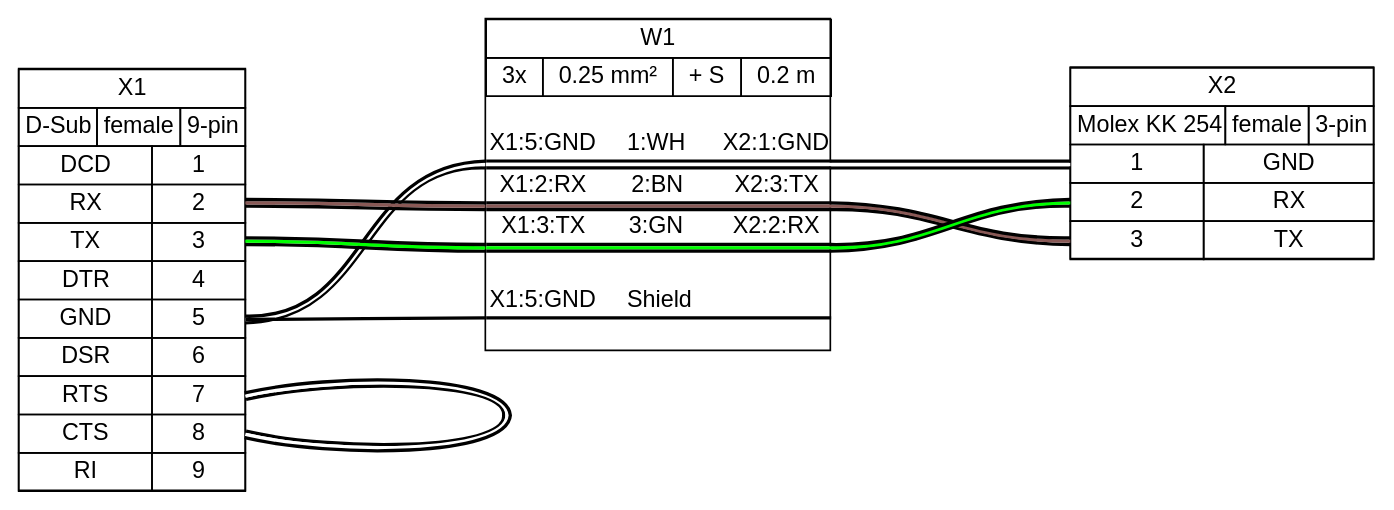
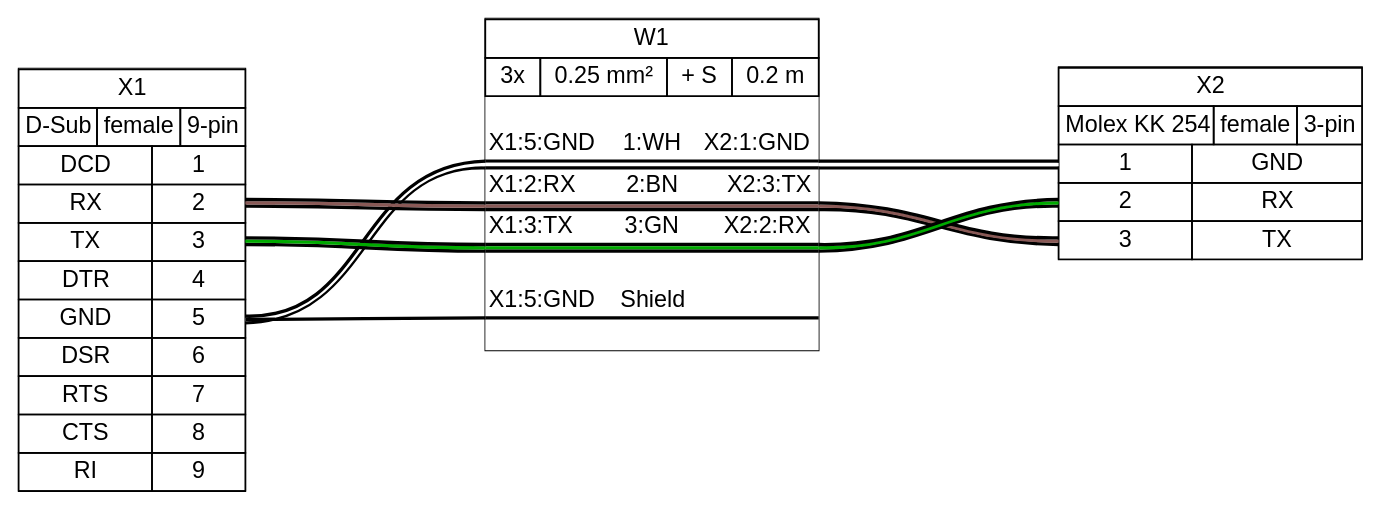
Before and after one commit to tobiasfalk/WireViz: the diagram in examples/demo01.gv, drawn with Graphviz. The commit also changed 121 other files, not shown here.

```diff
--- a/examples/demo01.gv
+++ b/examples/demo01.gv
@@ -1,186 +1,248 @@
 graph {
-// Graph generated by WireViz 0.4-dev
-// https://github.com/formatc1702/WireViz
+// Graph generated by WireViz 0.5-dev+refactor
+// https://github.com/wireviz/WireViz
 	graph [bgcolor="#FFFFFF" fontname=arial nodesep=0.33 rankdir=LR ranksep=2]
 	node [fillcolor="#FFFFFF" fontname=arial height=0 margin=0 shape=none style=filled width=0]
 	edge [fontname=arial style=bold]
 	X1 [label=<
-<table border="0" cellspacing="0" cellpadding="0">
- <tr><td>
-  <table border="0" cellspacing="0" cellpadding="3" cellborder="1"><tr>
-   <td balign="left">X1</td>
-  </tr></table>
- </td></tr>
- <tr><td>
-  <table border="0" cellspacing="0" cellpadding="3" cellborder="1"><tr>
-   <td balign="left">D-Sub</td>
-   <td balign="left">female</td>
-   <td balign="left">9-pin</td>
-  </tr></table>
- </td></tr>
- <tr><td>
-  <table border="0" cellspacing="0" cellpadding="3" cellborder="1">
-   <tr>
-    <td>DCD</td>
-    <td port="p1r">1</td>
-   </tr>
-   <tr>
-    <td>RX</td>
-    <td port="p2r">2</td>
-   </tr>
-   <tr>
-    <td>TX</td>
-    <td port="p3r">3</td>
-   </tr>
-   <tr>
-    <td>DTR</td>
-    <td port="p4r">4</td>
-   </tr>
-   <tr>
-    <td>GND</td>
-    <td port="p5r">5</td>
-   </tr>
-   <tr>
-    <td>DSR</td>
-    <td port="p6r">6</td>
-   </tr>
-   <tr>
-    <td>RTS</td>
-    <td port="p7r">7</td>
-   </tr>
-   <tr>
-    <td>CTS</td>
-    <td port="p8r">8</td>
-   </tr>
-   <tr>
-    <td>RI</td>
-    <td port="p9r">9</td>
-   </tr>
-  </table>
- </td></tr>
+<table border="0" cellspacing="0" cellpadding="0" bgcolor="#FFFFFF">
+ <tr>
+  <td>
+   <table border="0" cellborder="1" cellpadding="3" cellspacing="0">
+    <tr>
+     <td>X1</td>
+    </tr>
+   </table>
+  </td>
+ </tr>
+ <tr>
+  <td>
+   <table border="0" cellborder="1" cellpadding="3" cellspacing="0">
+    <tr>
+     <td>D-Sub</td>
+     <td>female</td>
+     <td>9-pin</td>
+    </tr>
+   </table>
+  </td>
+ </tr>
+ <tr>
+  <td>
+   <table border="0" cellborder="1" cellpadding="3" cellspacing="0">
+    <tr>
+     <td>DCD</td>
+     <td port="p1r">1</td>
+    </tr>
+    <tr>
+     <td>RX</td>
+     <td port="p2r">2</td>
+    </tr>
+    <tr>
+     <td>TX</td>
+     <td port="p3r">3</td>
+    </tr>
+    <tr>
+     <td>DTR</td>
+     <td port="p4r">4</td>
+    </tr>
+    <tr>
+     <td>GND</td>
+     <td port="p5r">5</td>
+    </tr>
+    <tr>
+     <td>DSR</td>
+     <td port="p6r">6</td>
+    </tr>
+    <tr>
+     <td>RTS</td>
+     <td port="p7r">7</td>
+    </tr>
+    <tr>
+     <td>CTS</td>
+     <td port="p8r">8</td>
+    </tr>
+    <tr>
+     <td>RI</td>
+     <td port="p9r">9</td>
+    </tr>
+   </table>
+  </td>
+ </tr>
 </table>
-> fillcolor="#FFFFFF" shape=box style=filled]
-	edge [color="#000000:#ffffff:#000000"]
-	X1:p7r:e -- X1:p8r:e
+> shape=box style=filled]
 	X2 [label=<
-<table border="0" cellspacing="0" cellpadding="0">
- <tr><td>
-  <table border="0" cellspacing="0" cellpadding="3" cellborder="1"><tr>
-   <td balign="left">X2</td>
-  </tr></table>
- </td></tr>
- <tr><td>
-  <table border="0" cellspacing="0" cellpadding="3" cellborder="1"><tr>
-   <td balign="left">Molex KK 254</td>
-   <td balign="left">female</td>
-   <td balign="left">3-pin</td>
-  </tr></table>
- </td></tr>
- <tr><td>
-  <table border="0" cellspacing="0" cellpadding="3" cellborder="1">
-   <tr>
-    <td port="p1l">1</td>
-    <td>GND</td>
-   </tr>
-   <tr>
-    <td port="p2l">2</td>
-    <td>RX</td>
-   </tr>
-   <tr>
-    <td port="p3l">3</td>
-    <td>TX</td>
-   </tr>
-  </table>
- </td></tr>
+<table border="0" cellspacing="0" cellpadding="0" bgcolor="#FFFFFF">
+ <tr>
+  <td>
+   <table border="0" cellborder="1" cellpadding="3" cellspacing="0">
+    <tr>
+     <td>X2</td>
+    </tr>
+   </table>
+  </td>
+ </tr>
+ <tr>
+  <td>
+   <table border="0" cellborder="1" cellpadding="3" cellspacing="0">
+    <tr>
+     <td>Molex KK 254</td>
+     <td>female</td>
+     <td>3-pin</td>
+    </tr>
+   </table>
+  </td>
+ </tr>
+ <tr>
+  <td>
+   <table border="0" cellborder="1" cellpadding="3" cellspacing="0">
+    <tr>
+     <td port="p1l">1</td>
+     <td>GND</td>
+    </tr>
+    <tr>
+     <td port="p2l">2</td>
+     <td>RX</td>
+    </tr>
+    <tr>
+     <td port="p3l">3</td>
+     <td>TX</td>
+    </tr>
+   </table>
+  </td>
+ </tr>
 </table>
-> fillcolor="#FFFFFF" shape=box style=filled]
-	edge [color="#000000:#ffffff:#000000"]
+> shape=box style=filled]
+	W1 [label=<
+<table border="0" cellspacing="0" cellpadding="0" bgcolor="#FFFFFF">
+ <tr>
+  <td>
+   <table border="0" cellborder="1" cellpadding="3" cellspacing="0">
+    <tr>
+     <td>W1</td>
+    </tr>
+   </table>
+  </td>
+ </tr>
+ <tr>
+  <td>
+   <table border="0" cellborder="1" cellpadding="3" cellspacing="0">
+    <tr>
+     <td>3x</td>
+     <td>0.25 mm²</td>
+     <td>+ S</td>
+     <td>0.2 m</td>
+    </tr>
+   </table>
+  </td>
+ </tr>
+ <tr>
+  <td>
+   <table border="0" cellborder="0" cellspacing="0">
+    <tr>
+     <td>&nbsp;</td>
+    </tr>
+    <tr>
+     <td align="left"> X1:5:GND</td>
+     <td> </td>
+     <td>1:WH</td>
+     <td> </td>
+     <td align="right">X2:1:GND </td>
+    </tr>
+    <tr>
+     <td border="0" cellspacing="0" cellpadding="0" colspan="5" height="6" port="w1">
+      <table border="0" cellborder="0" cellspacing="0">
+       <tr>
+        <td bgcolor="#000000" border="0" cellpadding="0" colspan="5" height="2"></td>
+       </tr>
+       <tr>
+        <td bgcolor="#FFFFFF" border="0" cellpadding="0" colspan="5" height="2"></td>
+       </tr>
+       <tr>
+        <td bgcolor="#000000" border="0" cellpadding="0" colspan="5" height="2"></td>
+       </tr>
+      </table>
+     </td>
+    </tr>
+    <tr>
+     <td align="left"> X1:2:RX</td>
+     <td> </td>
+     <td>2:BN</td>
+     <td> </td>
+     <td align="right">X2:3:TX </td>
+    </tr>
+    <tr>
+     <td border="0" cellspacing="0" cellpadding="0" colspan="5" height="6" port="w2">
+      <table border="0" cellborder="0" cellspacing="0">
+       <tr>
+        <td bgcolor="#000000" border="0" cellpadding="0" colspan="5" height="2"></td>
+       </tr>
+       <tr>
+        <td bgcolor="#895956" border="0" cellpadding="0" colspan="5" height="2"></td>
+       </tr>
+       <tr>
+        <td bgcolor="#000000" border="0" cellpadding="0" colspan="5" height="2"></td>
+       </tr>
+      </table>
+     </td>
+    </tr>
+    <tr>
+     <td align="left"> X1:3:TX</td>
+     <td> </td>
+     <td>3:GN</td>
+     <td> </td>
+     <td align="right">X2:2:RX </td>
+    </tr>
+    <tr>
+     <td border="0" cellspacing="0" cellpadding="0" colspan="5" height="6" port="w3">
+      <table border="0" cellborder="0" cellspacing="0">
+       <tr>
+        <td bgcolor="#000000" border="0" cellpadding="0" colspan="5" height="2"></td>
+       </tr>
+       <tr>
+        <td bgcolor="#00AA00" border="0" cellpadding="0" colspan="5" height="2"></td>
+       </tr>
+       <tr>
+        <td bgcolor="#000000" border="0" cellpadding="0" colspan="5" height="2"></td>
+       </tr>
+      </table>
+     </td>
+    </tr>
+    <tr>
+     <td>&nbsp;</td>
+    </tr>
+    <tr>
+     <td align="left"> X1:5:GND</td>
+     <td> </td>
+     <td>Shield</td>
+     <td> </td>
+     <td align="right"> </td>
+    </tr>
+    <tr>
+     <td border="0" cellspacing="0" cellpadding="0" colspan="5" height="2" port="w4">
+      <table border="0" cellborder="0" cellspacing="0">
+       <tr>
+        <td bgcolor="#000000" border="0" cellpadding="0" colspan="5" height="2"></td>
+       </tr>
+      </table>
+     </td>
+    </tr>
+    <tr>
+     <td>&nbsp;</td>
+    </tr>
+   </table>
+  </td>
+ </tr>
+</table>
+> shape=box style=filled]
+	edge [color="#000000:#FFFFFF:#000000"]
 	X1:p5r:e -- W1:w1:w
 	W1:w1:e -- X2:p1l:w
 	edge [color="#000000:#895956:#000000"]
 	X1:p2r:e -- W1:w2:w
 	W1:w2:e -- X2:p3l:w
-	edge [color="#000000:#00ff00:#000000"]
+	edge [color="#000000:#00AA00:#000000"]
 	X1:p3r:e -- W1:w3:w
 	W1:w3:e -- X2:p2l:w
 	edge [color="#000000"]
-	X1:p5r:e -- W1:ws:w
-	W1 [label=<
-<table border="0" cellspacing="0" cellpadding="0">
- <tr><td>
-  <table border="0" cellspacing="0" cellpadding="3" cellborder="1"><tr>
-   <td balign="left">W1</td>
-  </tr></table>
- </td></tr>
- <tr><td>
-  <table border="0" cellspacing="0" cellpadding="3" cellborder="1"><tr>
-   <td balign="left">3x</td>
-   <td balign="left">0.25 mm²</td>
-   <td balign="left">+ S</td>
-   <td balign="left">0.2 m</td>
-  </tr></table>
- </td></tr>
- <tr><td>
-  <table border="0" cellspacing="0" cellborder="0">
-   <tr><td>&nbsp;</td></tr>
-   <tr>
-    <td>X1:5:GND</td>
-    <td>
-     1:WH
-    </td>
-    <td>X2:1:GND</td>
-   </tr>
-   <tr>
-    <td colspan="3" border="0" cellspacing="0" cellpadding="0" port="w1" height="6">
-     <table cellspacing="0" cellborder="0" border="0">
-      <tr><td colspan="3" cellpadding="0" height="2" bgcolor="#000000" border="0"></td></tr>
-      <tr><td colspan="3" cellpadding="0" height="2" bgcolor="#ffffff" border="0"></td></tr>
-      <tr><td colspan="3" cellpadding="0" height="2" bgcolor="#000000" border="0"></td></tr>
-     </table>
-    </td>
-   </tr>
-   <tr>
-    <td>X1:2:RX</td>
-    <td>
-     2:BN
-    </td>
-    <td>X2:3:TX</td>
-   </tr>
-   <tr>
-    <td colspan="3" border="0" cellspacing="0" cellpadding="0" port="w2" height="6">
-     <table cellspacing="0" cellborder="0" border="0">
-      <tr><td colspan="3" cellpadding="0" height="2" bgcolor="#000000" border="0"></td></tr>
-      <tr><td colspan="3" cellpadding="0" height="2" bgcolor="#895956" border="0"></td></tr>
-      <tr><td colspan="3" cellpadding="0" height="2" bgcolor="#000000" border="0"></td></tr>
-     </table>
-    </td>
-   </tr>
-   <tr>
-    <td>X1:3:TX</td>
-    <td>
-     3:GN
-    </td>
-    <td>X2:2:RX</td>
-   </tr>
-   <tr>
-    <td colspan="3" border="0" cellspacing="0" cellpadding="0" port="w3" height="6">
-     <table cellspacing="0" cellborder="0" border="0">
-      <tr><td colspan="3" cellpadding="0" height="2" bgcolor="#000000" border="0"></td></tr>
-      <tr><td colspan="3" cellpadding="0" height="2" bgcolor="#00ff00" border="0"></td></tr>
-      <tr><td colspan="3" cellpadding="0" height="2" bgcolor="#000000" border="0"></td></tr>
-     </table>
-    </td>
-   </tr>
-   <tr><td>&nbsp;</td></tr>
-   <tr>
-    <td>X1:5:GND</td>
-    <td>Shield</td>
-    <td><!-- s_out --></td>
-   </tr>
-   <tr><td colspan="3" cellpadding="0" height="2" bgcolor="#000000" border="0" port="ws"></td></tr>
-   <tr><td>&nbsp;</td></tr>
-  </table>
- </td></tr>
-</table>
-> fillcolor="#FFFFFF" shape=box style=filled]
+	X1:p5r:e -- W1:w4:w
 }
```
